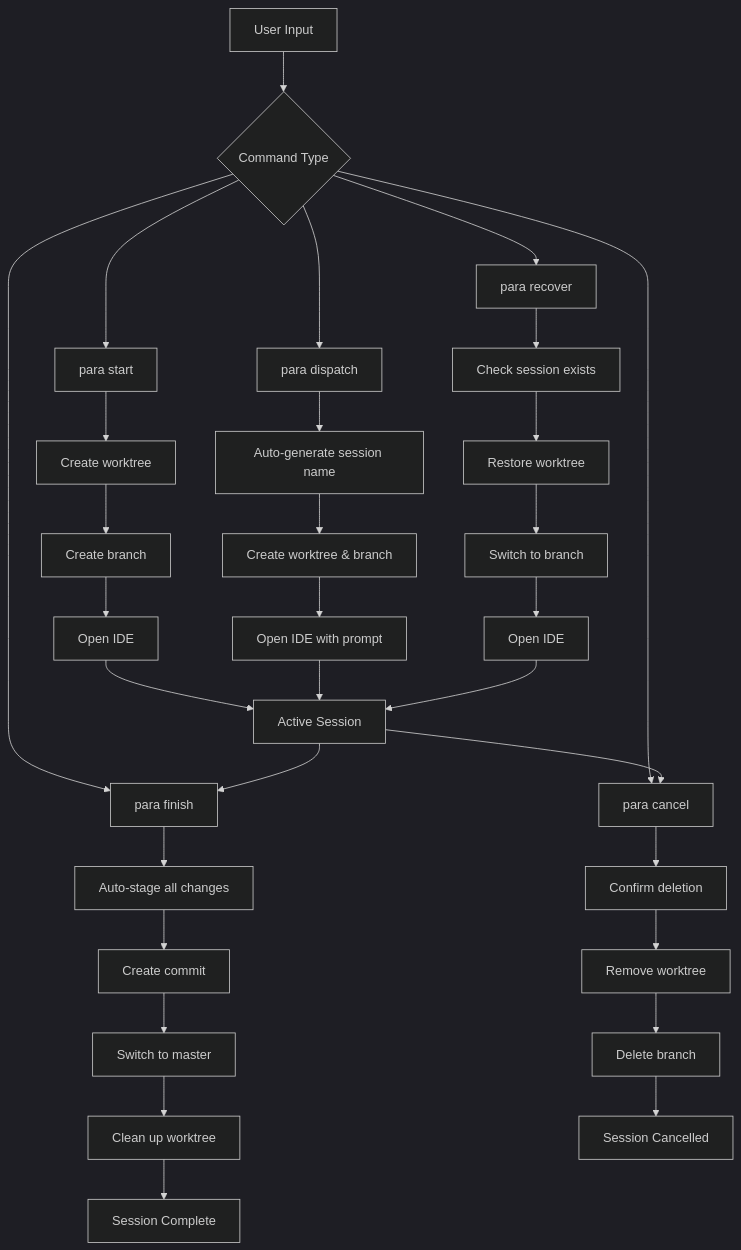
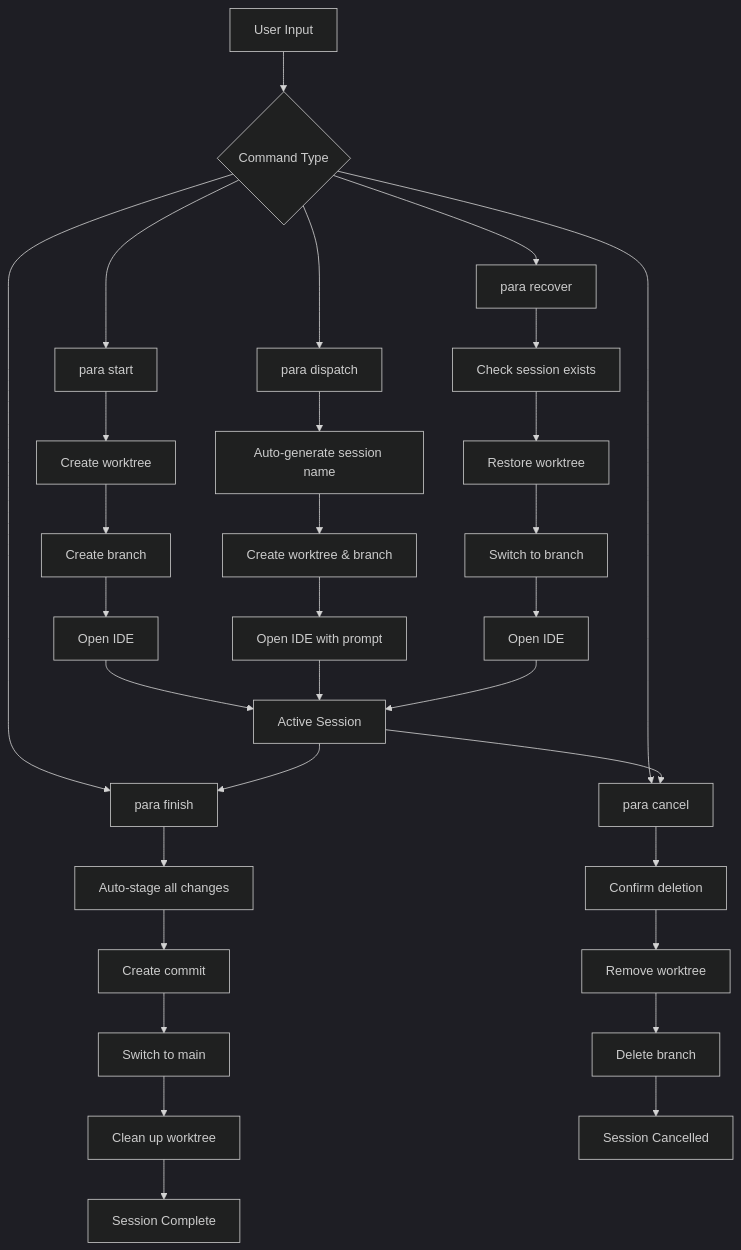
One commit to 2mawi2/para changed the second of 6 diagrams in docs/WORKFLOW.md. Above: the diagram before and after it, drawn with Mermaid (dark theme). The commit also changed other lines of this file and 66 other files, not shown here.

````diff
--- a/docs/WORKFLOW.md
+++ b/docs/WORKFLOW.md
@@ -35,41 +35,41 @@
 ```mermaid
 flowchart TD
     A[User Input] --> B{Command Type}
     
     B --> C[para start]
     B --> D[para dispatch]
     B --> F[para finish]
     B --> G[para cancel]
     B --> H[para recover]
     
     C --> C1[Create worktree]
     C1 --> C2[Create branch]
     C2 --> C3[Open IDE]
     C3 --> I[Active Session]
     
     D --> D1[Auto-generate session name]
     D1 --> D2[Create worktree & branch]
     D2 --> D3[Open IDE with prompt]
     D3 --> I
     
     I --> F
     
     F --> F1[Auto-stage all changes]
     F1 --> F2[Create commit]
-    F2 --> F3[Switch to master]
+    F2 --> F3[Switch to main]
     F3 --> F4[Clean up worktree]
     F4 --> K[Session Complete]
     
     I --> G
     
     G --> G1[Confirm deletion]
     G1 --> G2[Remove worktree]
     G2 --> G3[Delete branch]
     G3 --> L[Session Cancelled]
     
     H --> H1[Check session exists]
     H1 --> H2[Restore worktree]
     H2 --> H3[Switch to branch]
     H3 --> H4[Open IDE]
     H4 --> I
 ```
````
